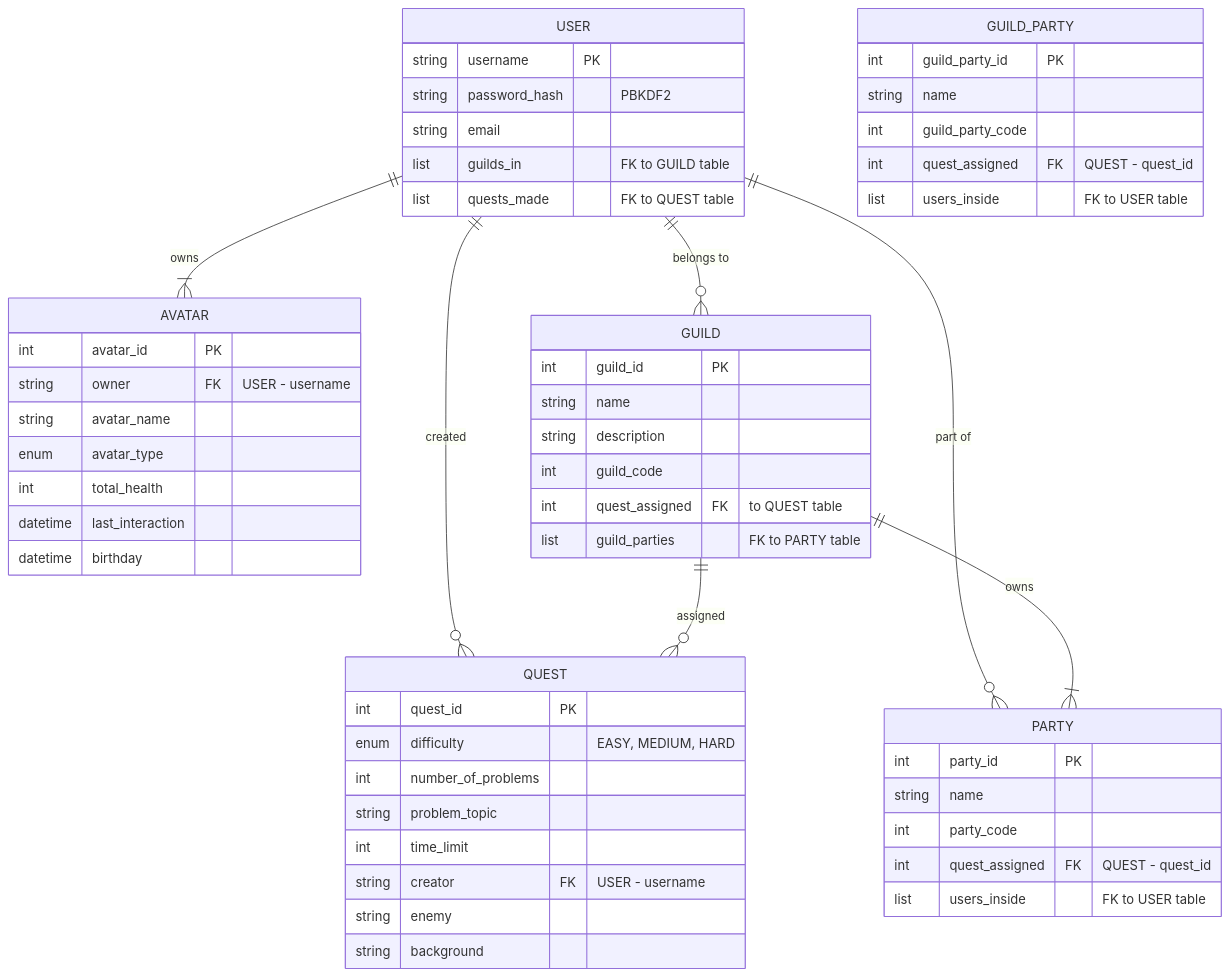
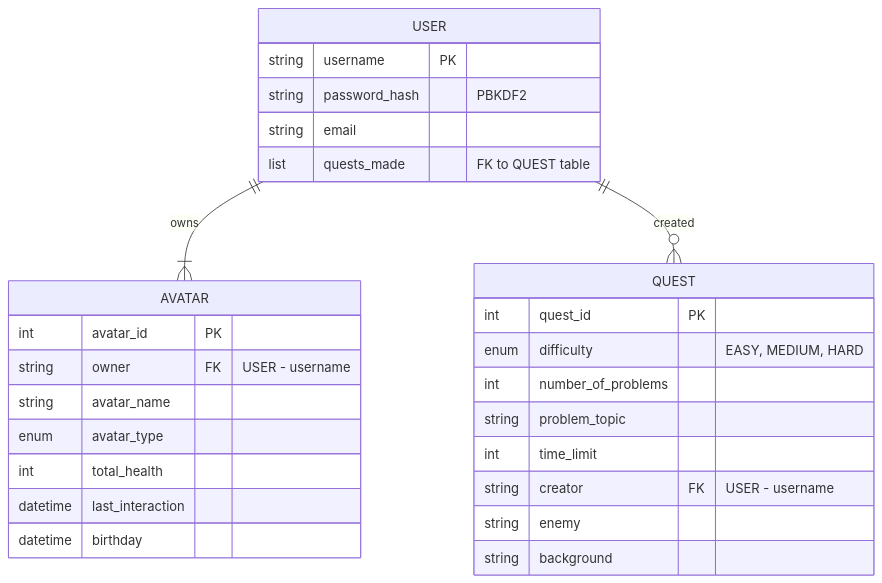
Before and after one commit to capstone-projects-2024-fall/devs-and-dragons: the diagram in documentation/docs/system-architecture/database-diagrams.md, drawn with Mermaid. The commit also changed other lines of this file, not shown here.

````diff
--- a/documentation/docs/system-architecture/database-diagrams.md
+++ b/documentation/docs/system-architecture/database-diagrams.md
@@ -9,62 +8,34 @@
 ```mermaid
 erDiagram
 USER ||--|{ AVATAR : owns
-USER ||--o{ GUILD : "belongs to"
 USER ||--o{ QUEST : "created"
-USER ||--o{ PARTY : "part of"
-GUILD ||--o{ QUEST : "assigned"
-GUILD ||--|{ PARTY : "owns"
+
     USER {
         string username PK
         string password_hash "PBKDF2"
         string email
-        list guilds_in "FK to GUILD table"
         list quests_made "FK to QUEST table"
     }
 
     AVATAR {
         int avatar_id PK
         string owner FK "USER - username"
         string avatar_name
         enum avatar_type
         int total_health
         datetime last_interaction
         datetime birthday
     }
 
     QUEST {
         int quest_id PK
         enum difficulty "EASY, MEDIUM, HARD"
         int number_of_problems
         string problem_topic
         int time_limit 
         string creator FK "USER - username"
         string enemy
         string background
     }
 
-    GUILD {
-        int guild_id PK
-        string name
-        string description
-        int guild_code 
-        int quest_assigned FK "to QUEST table"
-        list guild_parties "FK to PARTY table"
-    }
-
-    PARTY {
-        int party_id PK
-        string name
-        int party_code
-        int quest_assigned FK "QUEST - quest_id"
-        list users_inside "FK to USER table"
-    }
-
-    GUILD_PARTY {
-        int guild_party_id PK
-        string name
-        int guild_party_code
-        int quest_assigned FK "QUEST - quest_id"
-        list users_inside "FK to USER table"
-    }
 ```
````
